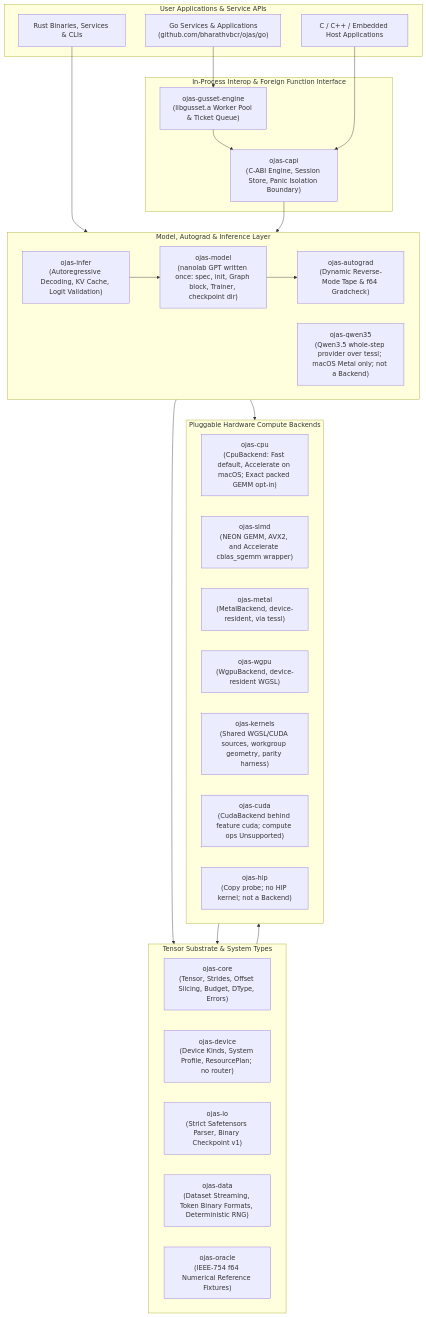
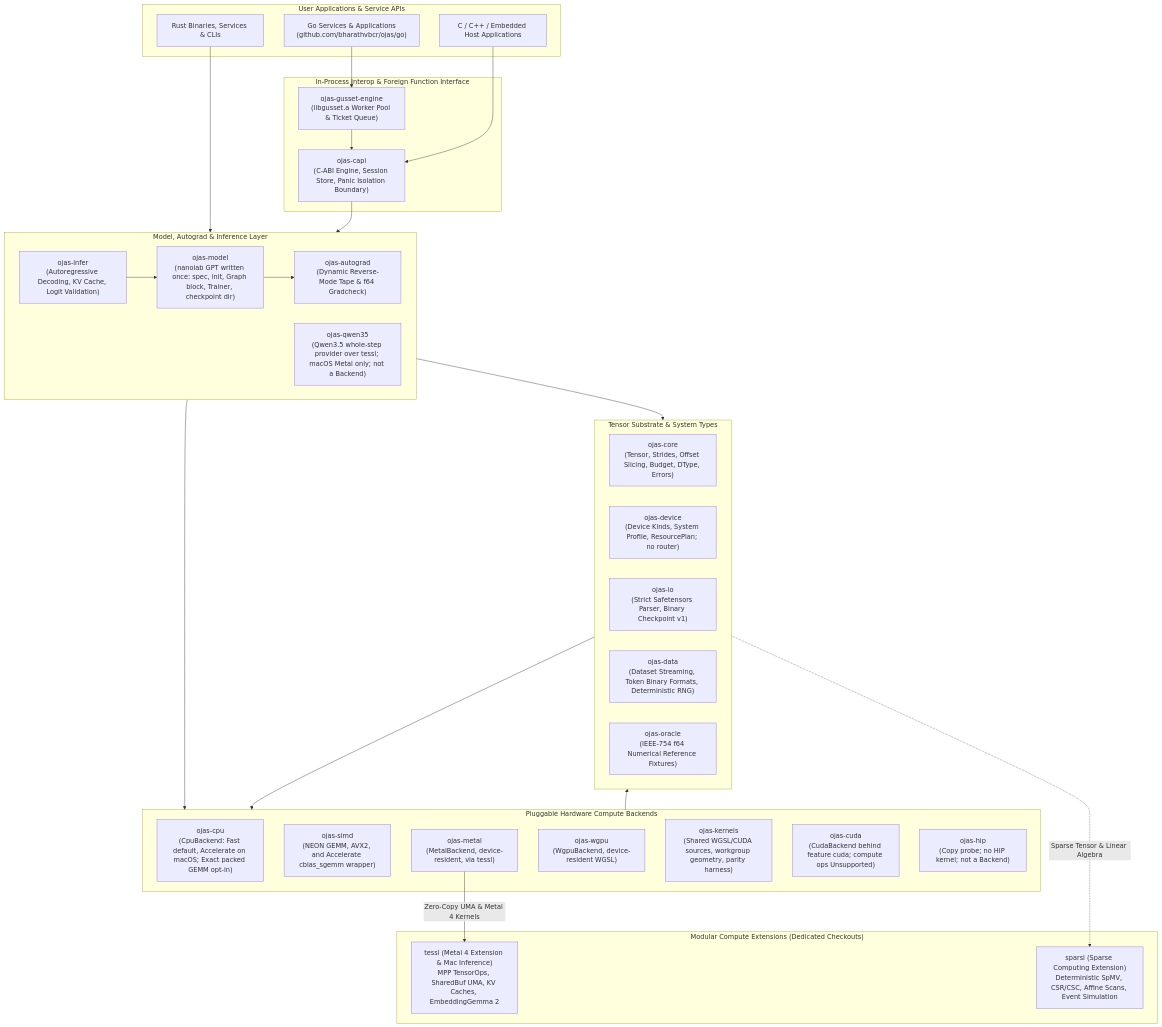
The second of 8 diagrams in README.md (bharathvbcr/ojas), drawn with Mermaid before and after one commit. The commit also changed other lines of this file and 58 other files, not shown here.

First line of the commit message:
docs: frame tessl and sparsl as modular compute extensions

````diff
--- a/README.md
+++ b/README.md
@@ -114,51 +125,59 @@
 ```mermaid
 flowchart TD
     subgraph Applications["User Applications & Service APIs"]
         GoApp["Go Services & Applications\n(github.com/bharathvbcr/ojas/go)"]
         RustApp["Rust Binaries, Services & CLIs"]
         ForeignApp["C / C++ / Embedded Host Applications"]
     end
 
     subgraph Interop["In-Process Interop & Foreign Function Interface"]
         Gusset["ojas-gusset-engine\n(libgusset.a Worker Pool & Ticket Queue)"]
         CAPI["ojas-capi\n(C-ABI Engine, Session Store, Panic Isolation Boundary)"]
     end
 
     subgraph HighLevel["Model, Autograd & Inference Layer"]
         Infer["ojas-infer\n(Autoregressive Decoding, KV Cache, Logit Validation)"]
         Autograd["ojas-autograd\n(Dynamic Reverse-Mode Tape & f64 Gradcheck)"]
         Model["ojas-model\n(nanolab GPT written once: spec, init, Graph block, Trainer, checkpoint dir)"]
         Qwen35["ojas-qwen35\n(Qwen3.5 whole-step provider over tessl; macOS Metal only; not a Backend)"]
     end
 
     subgraph CoreEngine["Tensor Substrate & System Types"]
         Core["ojas-core\n(Tensor, Strides, Offset Slicing, Budget, DType, Errors)"]
         Device["ojas-device\n(Device Kinds, System Profile, ResourcePlan; no router)"]
         IO["ojas-io\n(Strict Safetensors Parser, Binary Checkpoint v1)"]
         Data["ojas-data\n(Dataset Streaming, Token Binary Formats, Deterministic RNG)"]
         Oracle["ojas-oracle\n(IEEE-754 f64 Numerical Reference Fixtures)"]
     end
 
     subgraph HardwareBackends["Pluggable Hardware Compute Backends"]
         CPU["ojas-cpu\n(CpuBackend: Fast default, Accelerate on macOS; Exact packed GEMM opt-in)"]
         SIMD["ojas-simd\n(NEON GEMM, AVX2, and Accelerate cblas_sgemm wrapper)"]
         Metal["ojas-metal\n(MetalBackend, device-resident, via tessl)"]
         WGPU["ojas-wgpu\n(WgpuBackend, device-resident WGSL)"]
         Kernels["ojas-kernels\n(Shared WGSL/CUDA sources, workgroup geometry, parity harness)"]
         CUDA["ojas-cuda\n(CudaBackend behind feature cuda; compute ops Unsupported)"]
         HIP["ojas-hip\n(Copy probe; no HIP kernel; not a Backend)"]
     end
 
+    subgraph ModularExtensions["Modular Compute Extensions (Dedicated Checkouts)"]
+        TesslExt["tessl (Metal 4 Extension & Mac Inference)\nMPP TensorOps, SharedBuf UMA, KV Caches, EmbeddingGemma 2"]
+        SparslExt["sparsl (Sparse Computing Extension)\nDeterministic SpMV, CSR/CSC, Affine Scans, Event Simulation"]
+    end
+
     GoApp --> Gusset
     Gusset --> CAPI
     ForeignApp --> CAPI
     RustApp --> HighLevel
     CAPI --> HighLevel
     Infer --> Model
     Model --> Autograd
 
     HighLevel --> CoreEngine
     HighLevel --> HardwareBackends
     HardwareBackends --> CoreEngine
     CoreEngine --> HardwareBackends
+
+    Metal -->|Zero-Copy UMA & Metal 4 Kernels| TesslExt
+    CoreEngine -.->|Sparse Tensor & Linear Algebra| SparslExt
 ```
````
